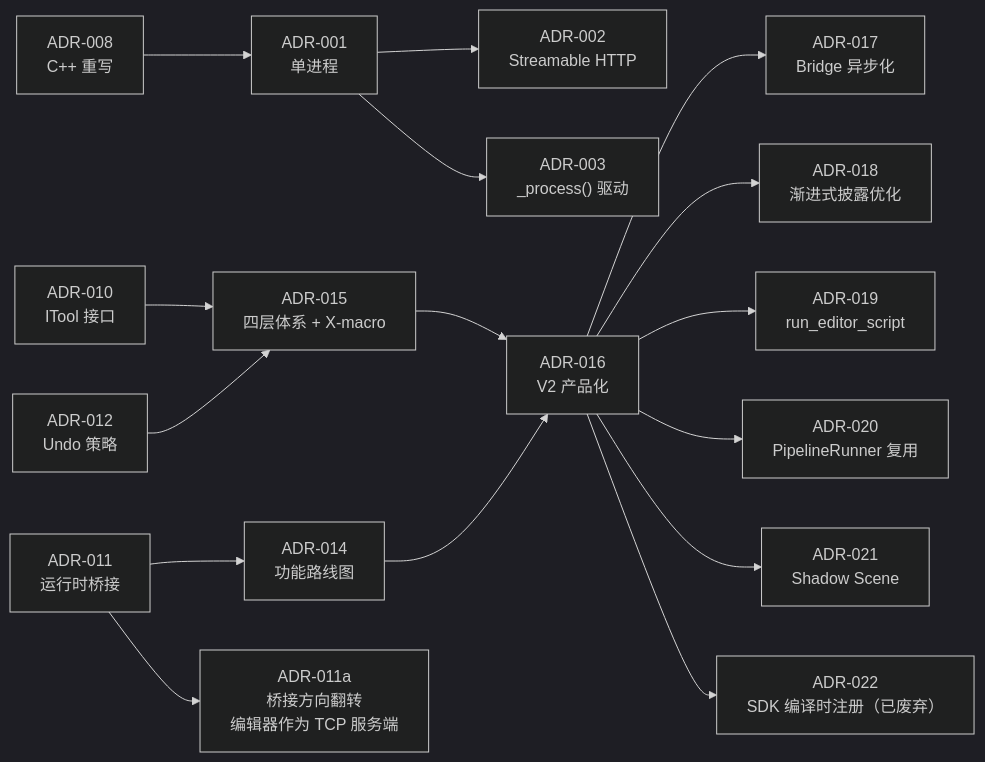
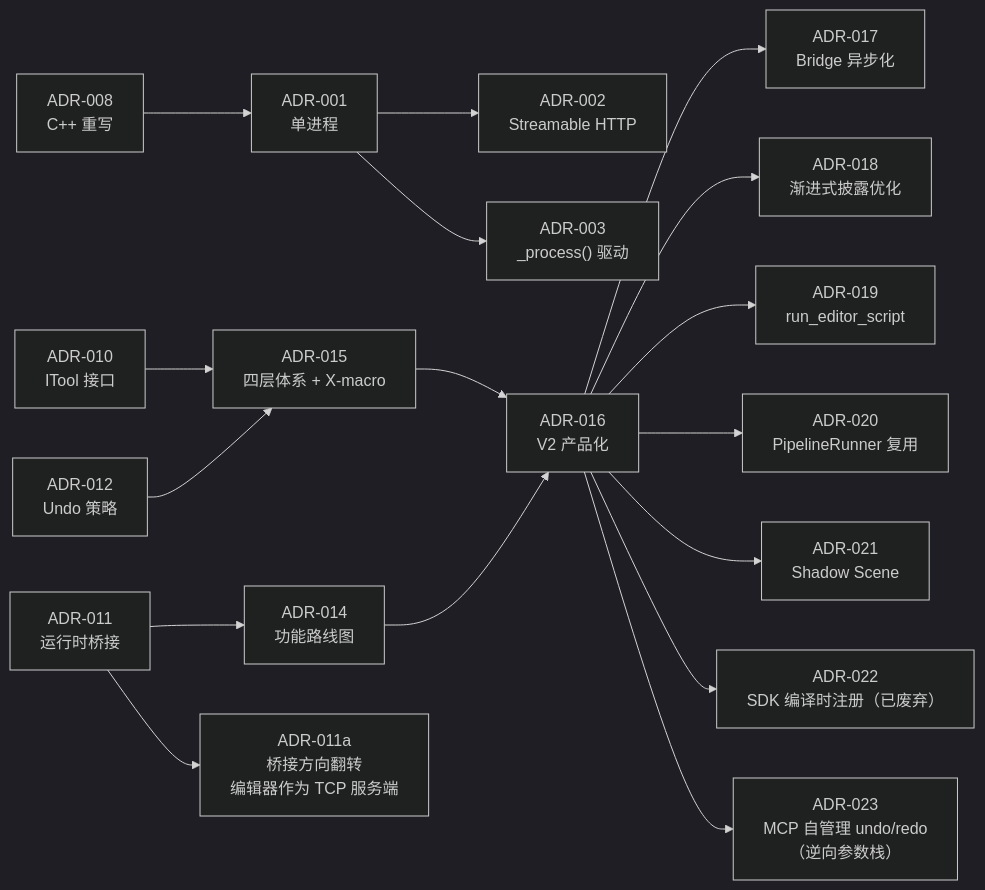
Before and after one commit to jesspig/GodotMCP-GDExtension: the diagram in .repo_wiki/design/08-decisions.md, drawn with Mermaid (dark theme). The commit also changed other lines of this file and 3 other files, not shown here.

First line of the commit message:
docs(design): 更新 undo/redo v2.0 设计文档 + 全库交叉引用同步

````diff
--- a/.repo_wiki/design/08-decisions.md
+++ b/.repo_wiki/design/08-decisions.md
@@ -35,18 +36,19 @@
 ```mermaid
 graph LR
     A008["ADR-008<br/>C++ 重写"] --> A001["ADR-001<br/>单进程"]
     A001 --> A002["ADR-002<br/>Streamable HTTP"]
     A001 --> A003["ADR-003<br/>_process() 驱动"]
     A010["ADR-010<br/>ITool 接口"] --> A015["ADR-015<br/>四层体系 + X-macro"]
     A015 --> A016["ADR-016<br/>V2 产品化"]
     A012["ADR-012<br/>Undo 策略"] --> A015
     A014["ADR-014<br/>功能路线图"] --> A016
     A011["ADR-011<br/>运行时桥接"] --> A014
     A016 --> A017["ADR-017<br/>Bridge 异步化"]
     A016 --> A018["ADR-018<br/>渐进式披露优化"]
     A016 --> A019["ADR-019<br/>run_editor_script"]
     A016 --> A020["ADR-020<br/>PipelineRunner 复用"]
     A016 --> A021["ADR-021<br/>Shadow Scene"]
     A016 --> A022["ADR-022<br/>SDK 编译时注册（已废弃）"]
     A011 --> A011a["ADR-011a<br/>桥接方向翻转<br/>编辑器作为 TCP 服务端"]
+    A016 --> A023["ADR-023<br/>MCP 自管理 undo/redo<br/>（逆向参数栈）"]
 ```
````
